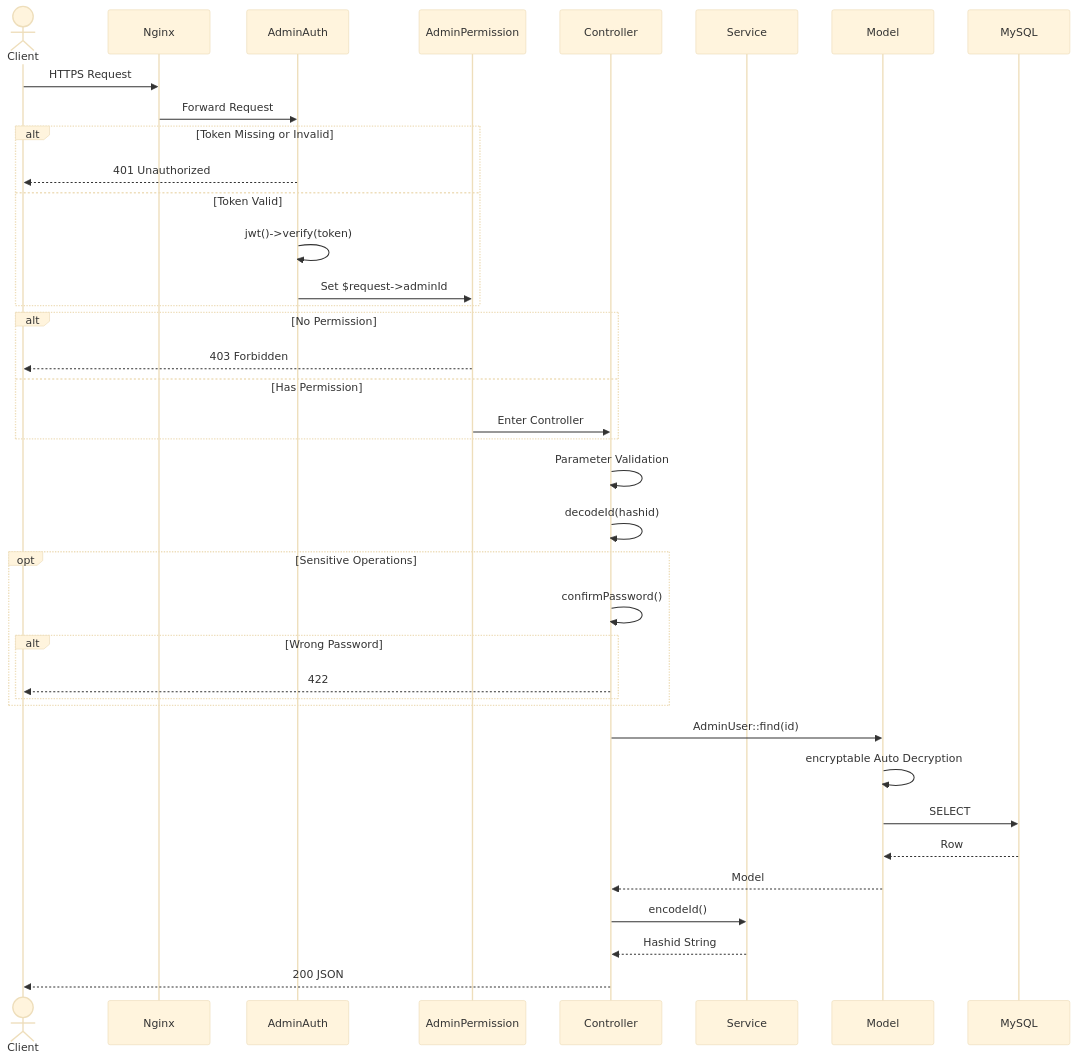
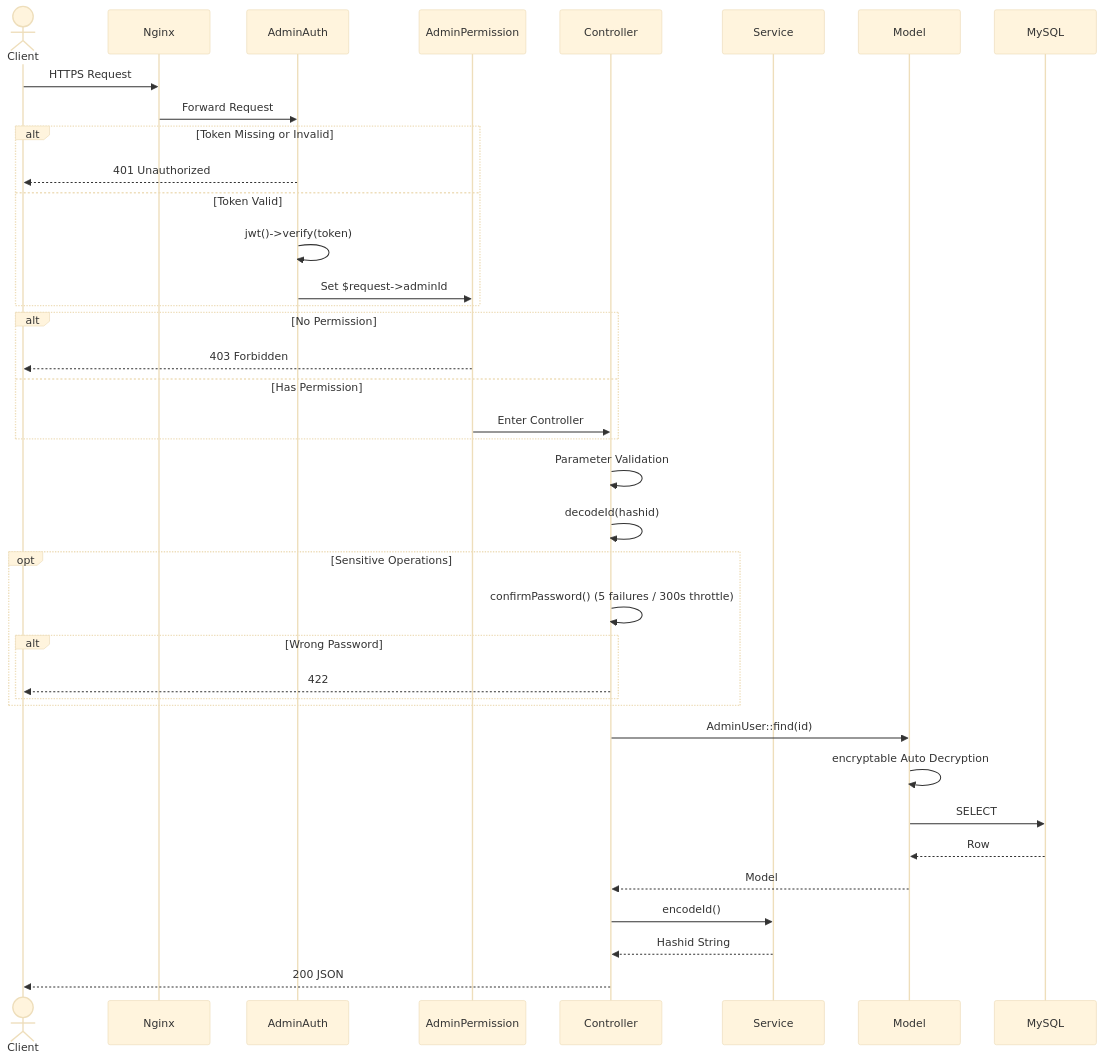
The diagram in docs/diagrams/03-request-lifecycle.en.md (erikwang2013/open-admin), drawn with Mermaid (base theme) before and after one commit. The commit also changed 62 other files, not shown here.

````diff
--- a/docs/diagrams/03-request-lifecycle.en.md
+++ b/docs/diagrams/03-request-lifecycle.en.md
@@ -7,48 +7,48 @@
 ```mermaid
 sequenceDiagram
     actor C as Client
     participant N as Nginx
     participant MW1 as AdminAuth
     participant MW2 as AdminPermission
     participant CTL as Controller
     participant SVC as Service
     participant MDL as Model
     participant DB as MySQL
 
     C->>N: HTTPS Request
     N->>MW1: Forward Request
 
     alt Token Missing or Invalid
         MW1-->>C: 401 Unauthorized
     else Token Valid
         MW1->>MW1: jwt()->verify(token)
         MW1->>MW2: Set $request->adminId
     end
 
     alt No Permission
         MW2-->>C: 403 Forbidden
     else Has Permission
         MW2->>CTL: Enter Controller
     end
 
     CTL->>CTL: Parameter Validation
     CTL->>CTL: decodeId(hashid)
 
     opt Sensitive Operations
-        CTL->>CTL: confirmPassword()
+        CTL->>CTL: confirmPassword() (5 failures / 300s throttle)
         alt Wrong Password
             CTL-->>C: 422
         end
     end
 
     CTL->>MDL: AdminUser::find(id)
     MDL->>MDL: encryptable Auto Decryption
     MDL->>DB: SELECT
     DB-->>MDL: Row
     MDL-->>CTL: Model
 
     CTL->>SVC: encodeId()
     SVC-->>CTL: Hashid String
 
     CTL-->>C: 200 JSON
 ```
````
